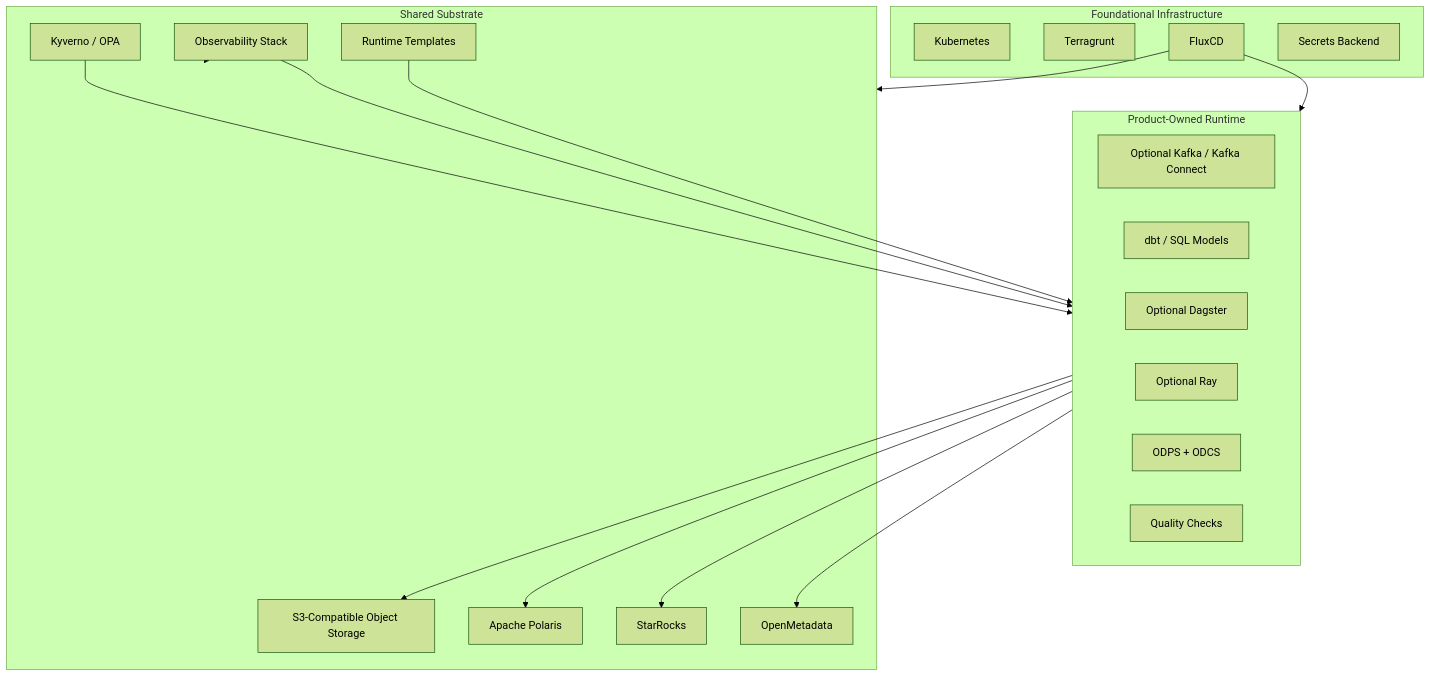
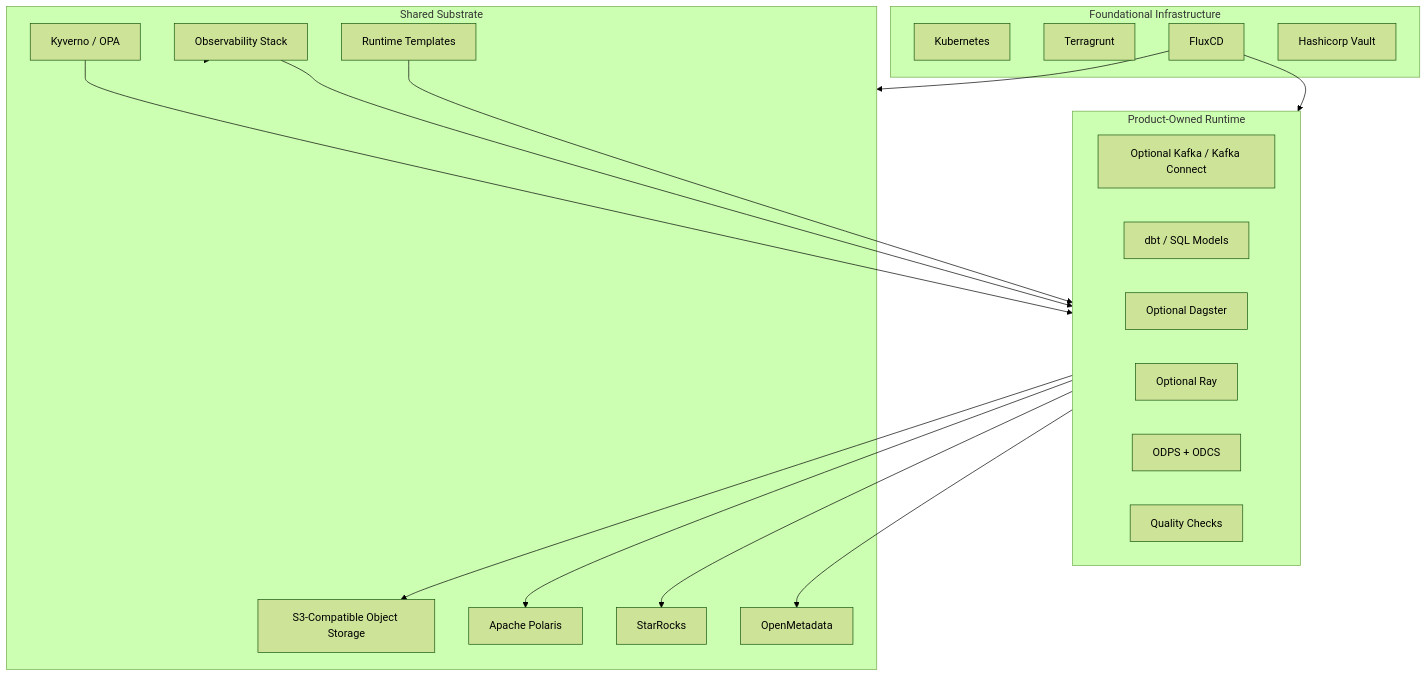
The second of 2 diagrams in README.md (DecentraB/datahive-platform), drawn with Mermaid (forest theme) before and after one commit. The commit also changed other lines of this file and 1 other file, not shown here.

````diff
--- a/README.md
+++ b/README.md
@@ -134,39 +138,39 @@
 ```mermaid
 flowchart TB
     subgraph Foundation["Foundational Infrastructure"]
         Cluster["Kubernetes"]
         Bootstrap["Terragrunt"]
         Flux["FluxCD"]
-        SecretsBase["Secrets Backend"]
+        Vault["Hashicorp Vault"]
     end
 
     subgraph Shared["Shared Substrate"]
         ObjectStore["S3-Compatible Object Storage"]
         Polaris["Apache Polaris"]
         StarRocks["StarRocks"]
         OpenMetadata["OpenMetadata"]
         Policy["Kyverno / OPA"]
         Observability["Observability Stack"]
         Templates["Runtime Templates"]
     end
 
     subgraph Products["Product-Owned Runtime"]
         IngestionRuntime["Optional Kafka / Kafka Connect"]
         SQLModels["dbt / SQL Models"]
         Dagster["Optional Dagster"]
         Ray["Optional Ray"]
         Contracts["ODPS + ODCS"]
         Quality["Quality Checks"]
     end
 
     Flux --> Shared
     Flux --> Products
     Templates --> Products
     Products --> ObjectStore
     Products --> Polaris
     Products --> StarRocks
     Products --> OpenMetadata
     Policy --> Products
     Observability --> Shared
     Observability --> Products
 ```
````
